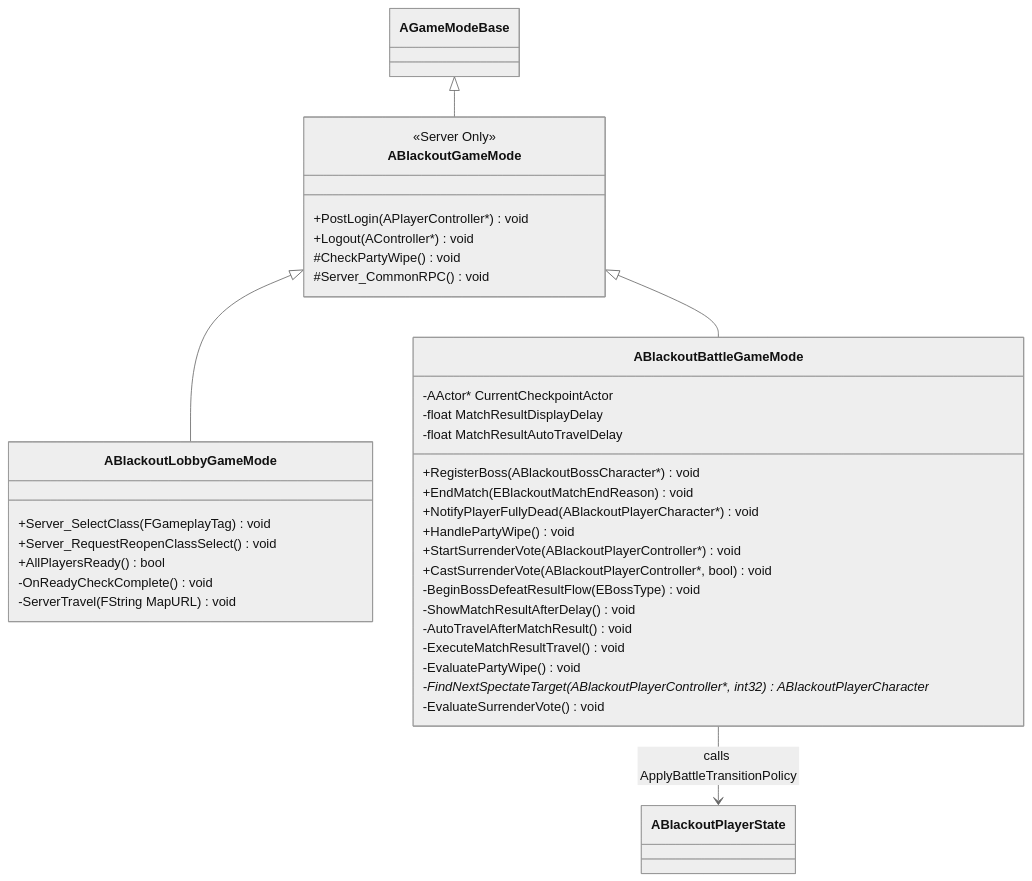
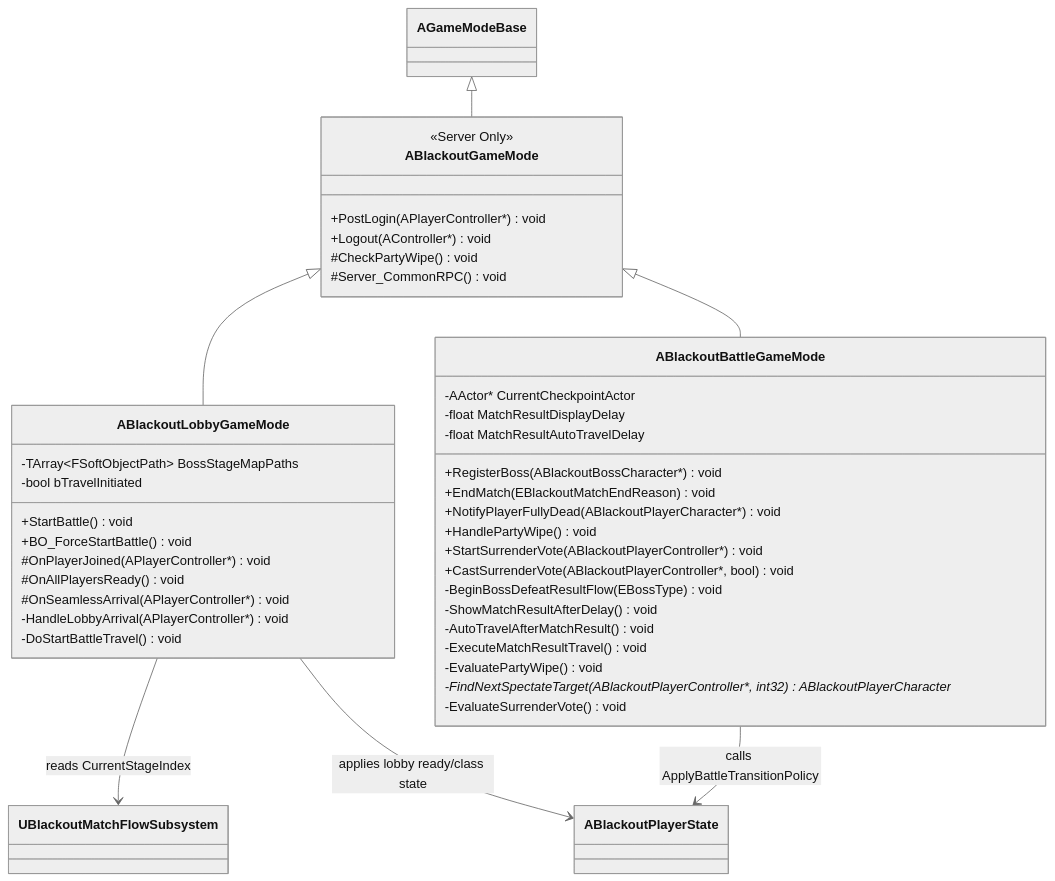
The second of 15 diagrams in Docs/Project_Blackout_클래스다이어그램.md (seongwon1579/ProjectBlackout), drawn with Mermaid (neutral theme) before and after one commit. The commit also changed other lines of this file and 29 other files, not shown here.

````diff
--- a/Docs/Project_Blackout_클래스다이어그램.md
+++ b/Docs/Project_Blackout_클래스다이어그램.md
@@ -86,45 +87,51 @@
 ```mermaid
 classDiagram
     direction TB
 
     AGameModeBase <|-- ABlackoutGameMode
     ABlackoutGameMode <|-- ABlackoutLobbyGameMode
     ABlackoutGameMode <|-- ABlackoutBattleGameMode
 
+    ABlackoutLobbyGameMode --> UBlackoutMatchFlowSubsystem : reads CurrentStageIndex
+    ABlackoutLobbyGameMode --> ABlackoutPlayerState : applies lobby ready/class state
     ABlackoutBattleGameMode --> ABlackoutPlayerState : calls ApplyBattleTransitionPolicy
 
     class ABlackoutGameMode {
         <<Server Only>>
         +PostLogin(APlayerController*) void
         +Logout(AController*) void
         #CheckPartyWipe() void
         #Server_CommonRPC() void
     }
 
     class ABlackoutLobbyGameMode {
-        +Server_SelectClass(FGameplayTag) void
-        +Server_RequestReopenClassSelect() void
-        +AllPlayersReady() bool
-        -OnReadyCheckComplete() void
-        -ServerTravel(FString MapURL) void
+        -TArray~FSoftObjectPath~ BossStageMapPaths
+        -bool bTravelInitiated
+        +StartBattle() void
+        +BO_ForceStartBattle() void
+        #OnPlayerJoined(APlayerController*) void
+        #OnAllPlayersReady() void
+        #OnSeamlessArrival(APlayerController*) void
+        -HandleLobbyArrival(APlayerController*) void
+        -DoStartBattleTravel() void
     }
 
     class ABlackoutBattleGameMode {
         -AActor* CurrentCheckpointActor
         -float MatchResultDisplayDelay
         -float MatchResultAutoTravelDelay
         +RegisterBoss(ABlackoutBossCharacter*) void
         +EndMatch(EBlackoutMatchEndReason) void
         +NotifyPlayerFullyDead(ABlackoutPlayerCharacter*) void
         +HandlePartyWipe() void
         +StartSurrenderVote(ABlackoutPlayerController*) void
         +CastSurrenderVote(ABlackoutPlayerController*, bool) void
         -BeginBossDefeatResultFlow(EBossType) void
         -ShowMatchResultAfterDelay() void
         -AutoTravelAfterMatchResult() void
         -ExecuteMatchResultTravel() void
         -EvaluatePartyWipe() void
         -FindNextSpectateTarget(ABlackoutPlayerController*, int32) ABlackoutPlayerCharacter*
         -EvaluateSurrenderVote() void
     }
 ```
````
